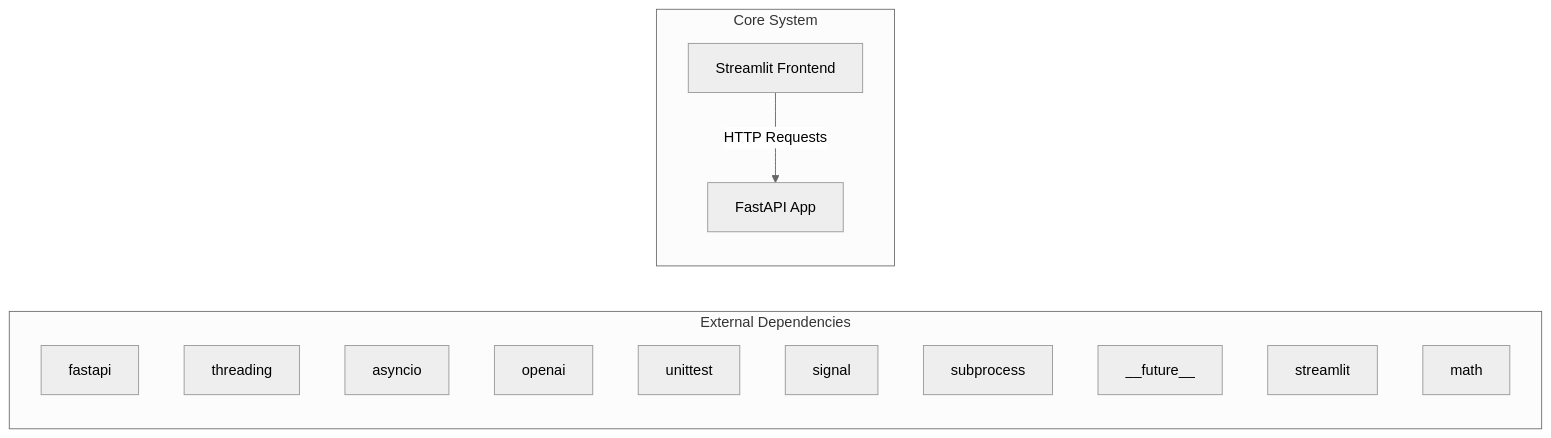
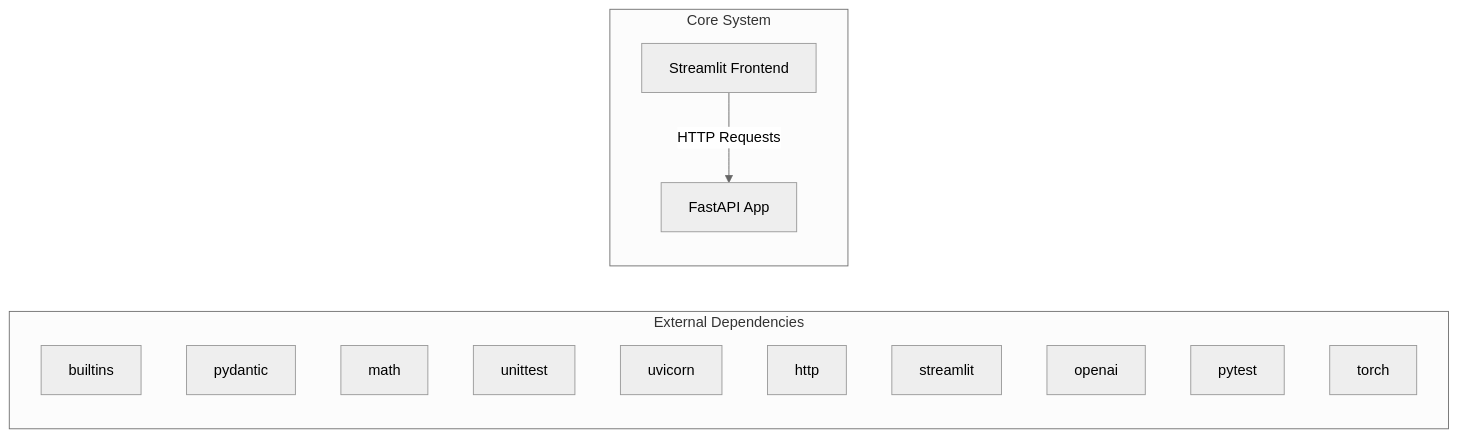
One commit to NITISH-R-G/rag-context-optimizer changed the first of 2 diagrams in docs/architecture.md. Above: the diagram before and after it, drawn with Mermaid (neutral theme). The commit also changed 1 other file, not shown here.

Commit message:
docs: auto-update repository knowledge, architecture diagrams, and documentation

````diff
--- a/docs/architecture.md
+++ b/docs/architecture.md
@@ -7,20 +7,20 @@
 ```mermaid
 graph LR
     subgraph External Dependencies
-        E0["fastapi"]
-        E1["threading"]
-        E2["asyncio"]
-        E3["openai"]
-        E4["unittest"]
-        E5["signal"]
-        E6["subprocess"]
-        E7["__future__"]
-        E8["streamlit"]
-        E9["math"]
+        E0["builtins"]
+        E1["pydantic"]
+        E2["math"]
+        E3["unittest"]
+        E4["uvicorn"]
+        E5["http"]
+        E6["streamlit"]
+        E7["openai"]
+        E8["pytest"]
+        E9["torch"]
     end
     subgraph Core System
         API["FastAPI App"]
         UI["Streamlit Frontend"]
     end
     UI -->|HTTP Requests| API
 ```
````
